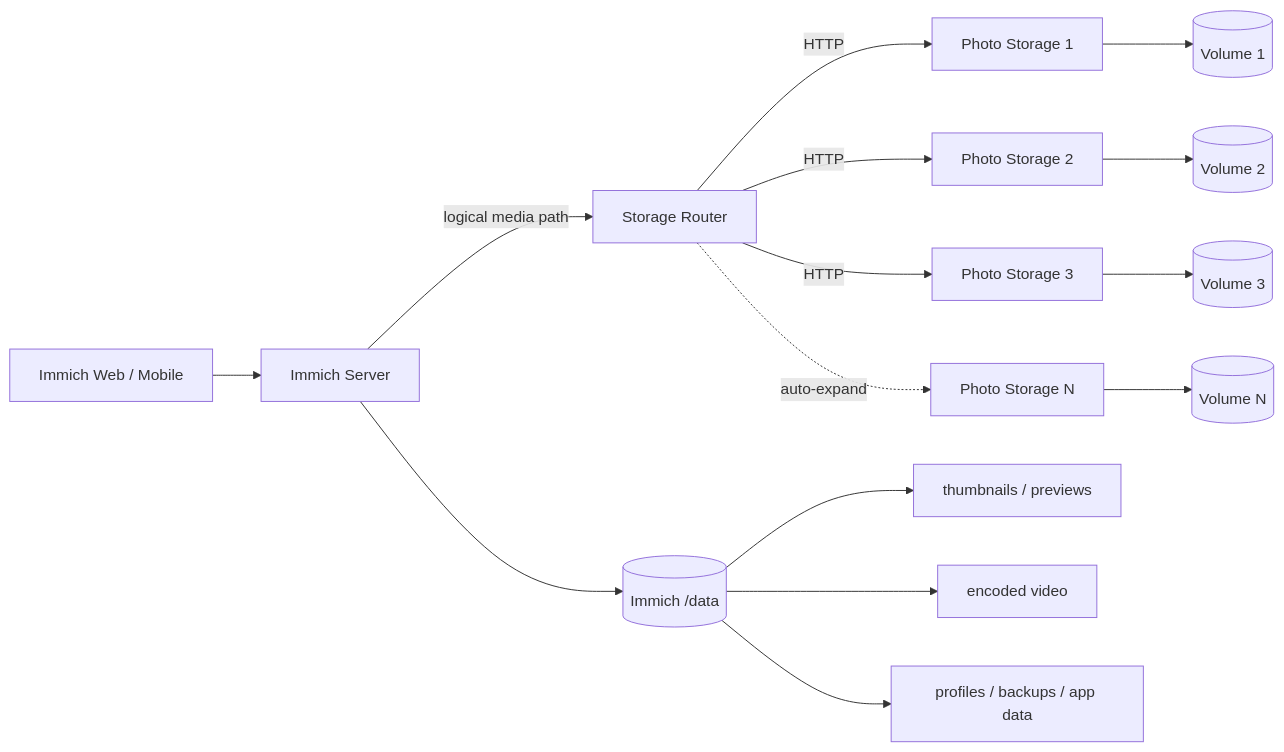
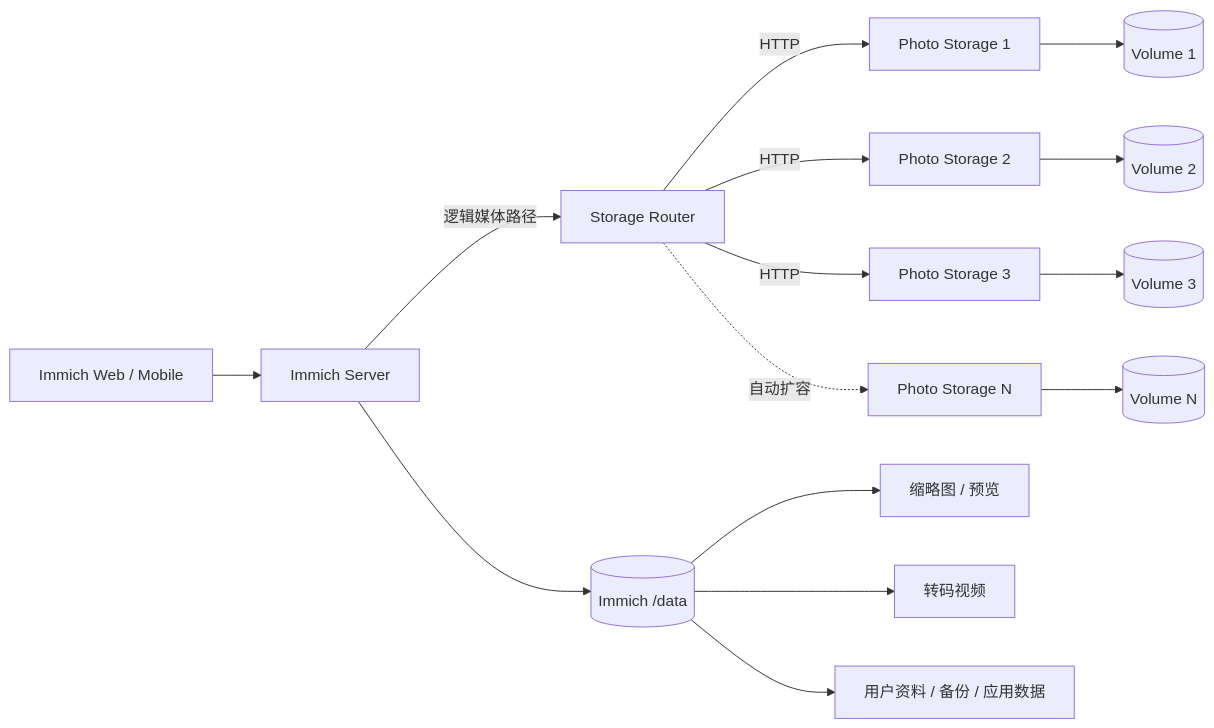
The first of 4 diagrams in README.md (bowardzhang/immich), drawn with Mermaid before and after one commit. The commit also changed other lines of this file, not shown here.

````diff
--- a/README.md
+++ b/README.md
@@ -39,20 +39,17 @@
 ```mermaid
 flowchart LR
     A[Immich Web / Mobile] --> B[Immich Server]
-    B -->|logical media path| C[Storage Router]
+    B -->|逻辑媒体路径| C[Storage Router]
     B --> D[(Immich /data)]
-
     C -->|HTTP| S1[Photo Storage 1]
     C -->|HTTP| S2[Photo Storage 2]
     C -->|HTTP| S3[Photo Storage 3]
-    C -.->|auto-expand| SN[Photo Storage N]
-
+    C -.->|自动扩容| SN[Photo Storage N]
     S1 --> V1[(Volume 1)]
     S2 --> V2[(Volume 2)]
     S3 --> V3[(Volume 3)]
     SN --> VN[(Volume N)]
-
-    D --> D1[thumbnails / previews]
-    D --> D2[encoded video]
-    D --> D3[profiles / backups / app data]
+    D --> D1[缩略图 / 预览]
+    D --> D2[转码视频]
+    D --> D3[用户资料 / 备份 / 应用数据]
 ```
````
